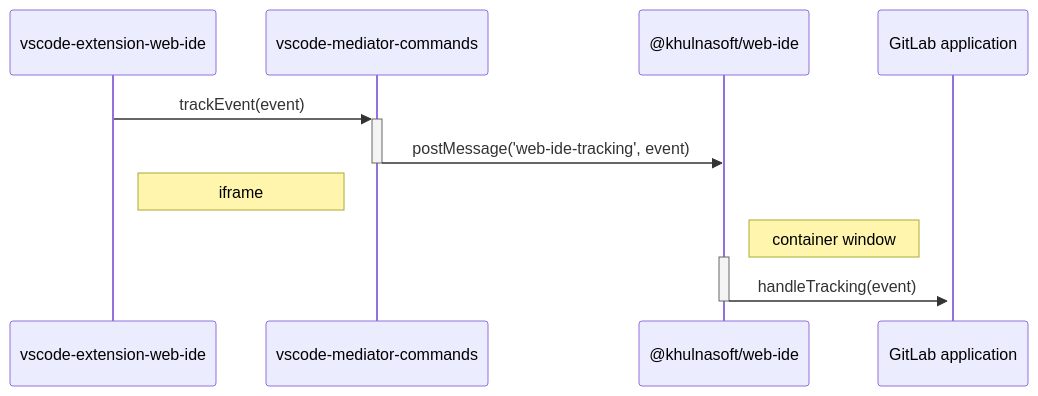
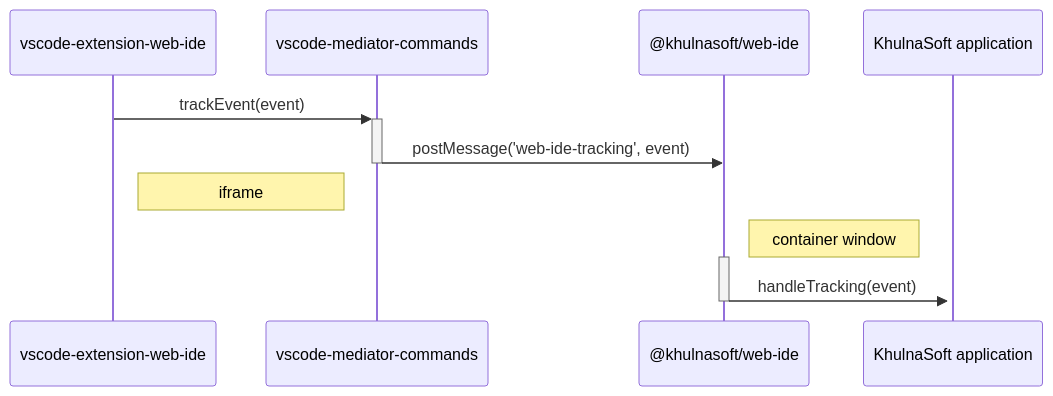
One commit to khulnasoft-bot/web-ide changed the diagram in docs/development/instrumentation.md. Above: the diagram before and after it, drawn with Mermaid. The commit also changed other lines of this file and 41 other files, not shown here.

````diff
--- a/docs/development/instrumentation.md
+++ b/docs/development/instrumentation.md
@@ -41,14 +41,14 @@
 ```mermaid
 sequenceDiagram
     participant A as vscode-extension-web-ide
     participant B as vscode-mediator-commands
     participant C as @khulnasoft/web-ide
-    participant D as GitLab application
+    participant D as KhulnaSoft application
     A->>+B: trackEvent(event)
     B->>-C: postMessage('web-ide-tracking', event)
     Note right of A: iframe
     Note right of C: container window
     activate C
     C->>+D: handleTracking(event)
     deactivate C
 ```
````
